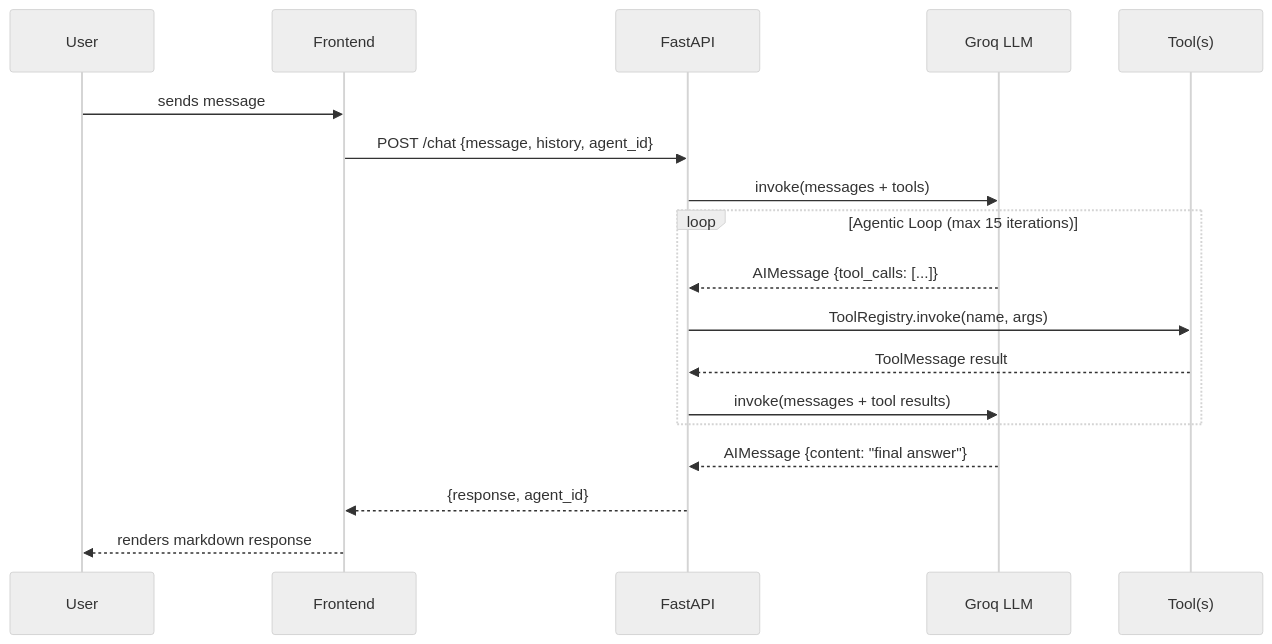
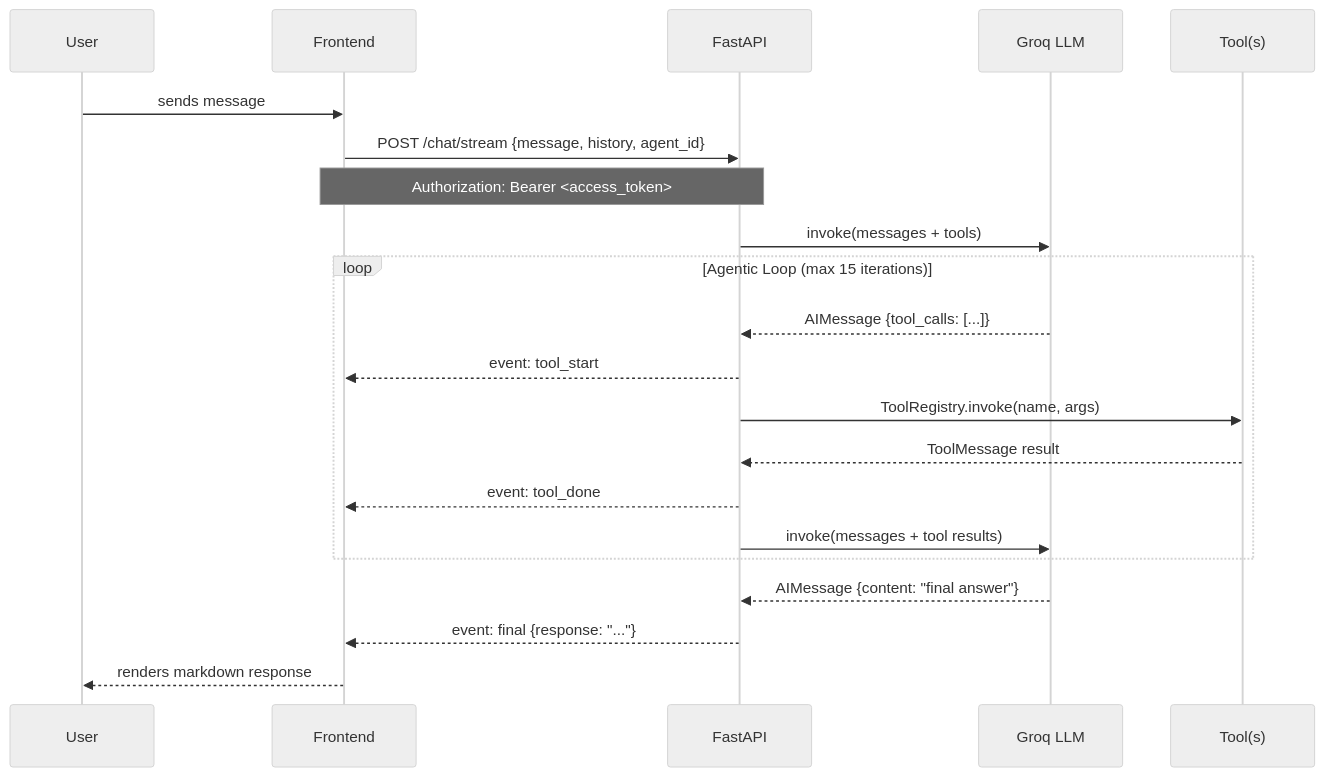
One commit to asequitytrading-design/ai-agent-ui changed the second of 4 diagrams in README.md. Above: the diagram before and after it, drawn with Mermaid (neutral theme). The commit also changed other lines of this file and 3 other files, not shown here.

````diff
--- a/README.md
+++ b/README.md
@@ -107,23 +107,26 @@
 ```mermaid
 sequenceDiagram
     participant U as User
     participant FE as Frontend
     participant BE as FastAPI
     participant LLM as Groq LLM
     participant T as Tool(s)
 
     U->>FE: sends message
-    FE->>BE: POST /chat {message, history, agent_id}
+    FE->>BE: POST /chat/stream {message, history, agent_id}
+    Note over FE,BE: Authorization: Bearer <access_token>
     BE->>LLM: invoke(messages + tools)
 
     loop Agentic Loop (max 15 iterations)
         LLM-->>BE: AIMessage {tool_calls: [...]}
+        BE-->>FE: event: tool_start
         BE->>T: ToolRegistry.invoke(name, args)
         T-->>BE: ToolMessage result
+        BE-->>FE: event: tool_done
         BE->>LLM: invoke(messages + tool results)
     end
 
     LLM-->>BE: AIMessage {content: "final answer"}
-    BE-->>FE: {response, agent_id}
+    BE-->>FE: event: final {response: "..."}
     FE-->>U: renders markdown response
 ```
````
